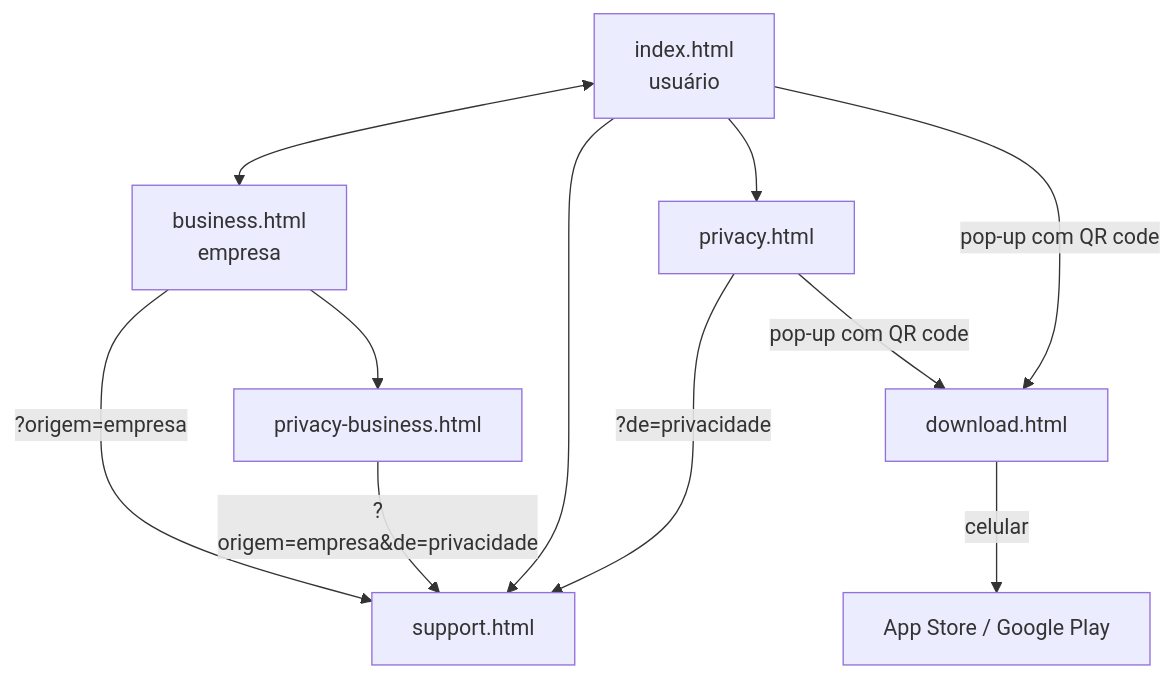
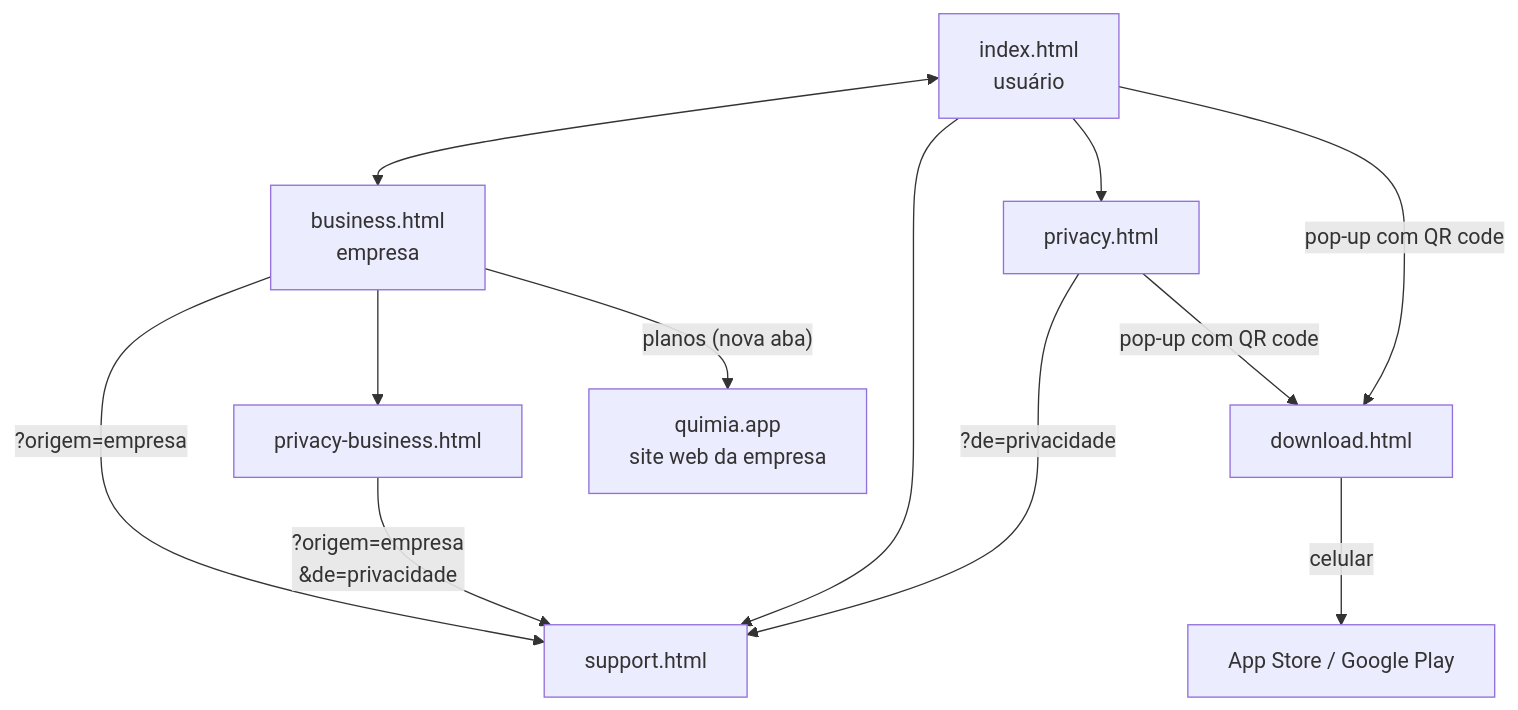
The second of 4 diagrams in README.md (Quimia-br/quimia-landingpage), drawn with Mermaid before and after one commit. The commit also changed other lines of this file, not shown here.

Commit message:
docs: show the company site and the admin panel in the README diagrams
The company landing sends the plan buttons to quimia.app and both landings link the restricted area to the admin panel, so both diagrams now show those paths. The long support label is split in two lines so the question mark no longer sits alone.

````diff
--- a/README.md
+++ b/README.md
@@ -114,13 +117,14 @@
 ```mermaid
 flowchart TD
     U["index.html<br/>usuário"] <--> B["business.html<br/>empresa"]
     U --> S["support.html"]
     B -- "?origem=empresa" --> S
     U --> P["privacy.html"]
     B --> PB["privacy-business.html"]
     P -- "?de=privacidade" --> S
-    PB -- "?origem=empresa&de=privacidade" --> S
+    PB -- "?origem=empresa<br/>&de=privacidade" --> S
     U -- "pop-up com QR code" --> D["download.html"]
     P -- "pop-up com QR code" --> D
     D -- "celular" --> L["App Store / Google Play"]
+    B -- "planos (nova aba)" --> W["quimia.app<br/>site web da empresa"]
 ```
````
